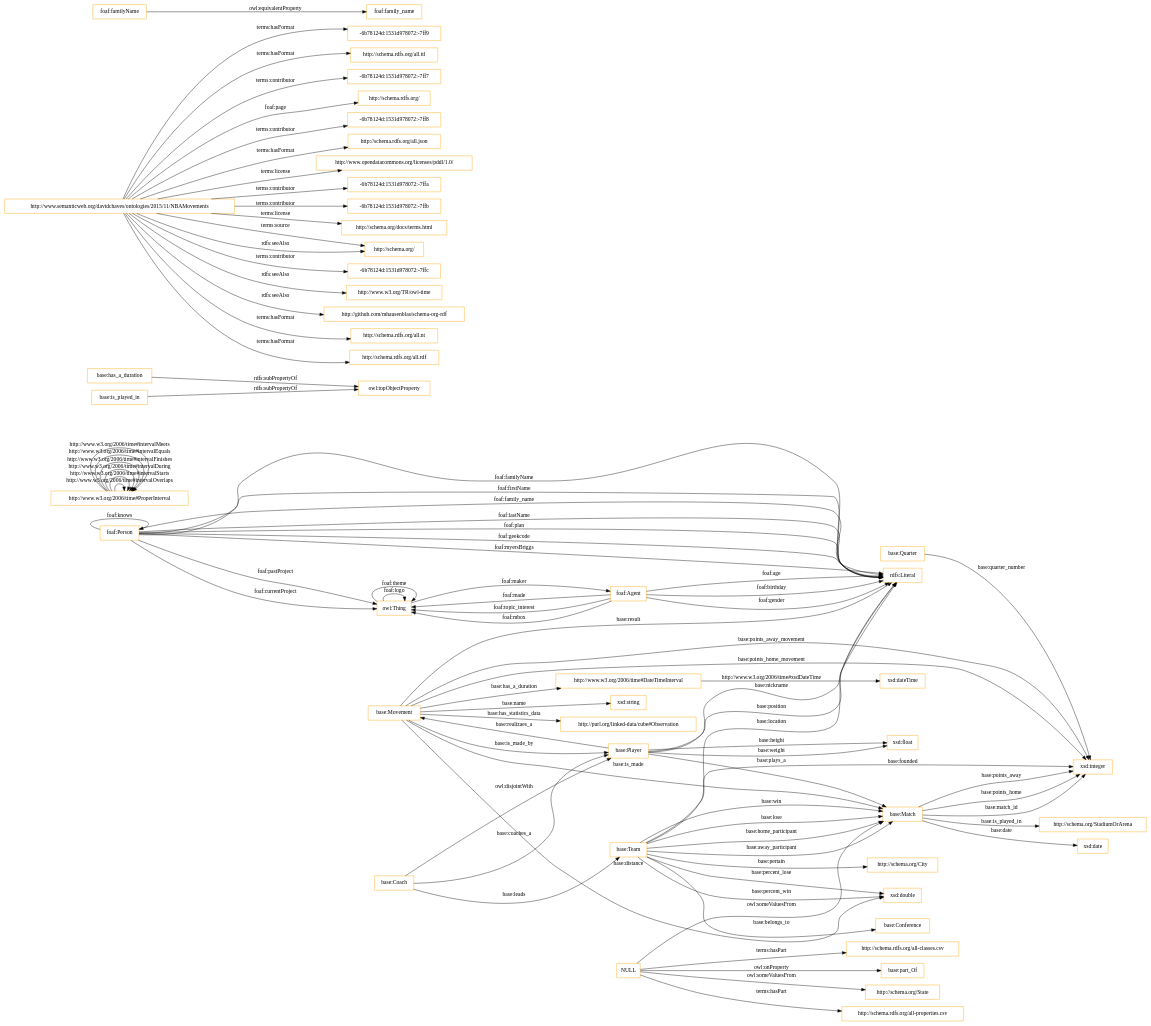
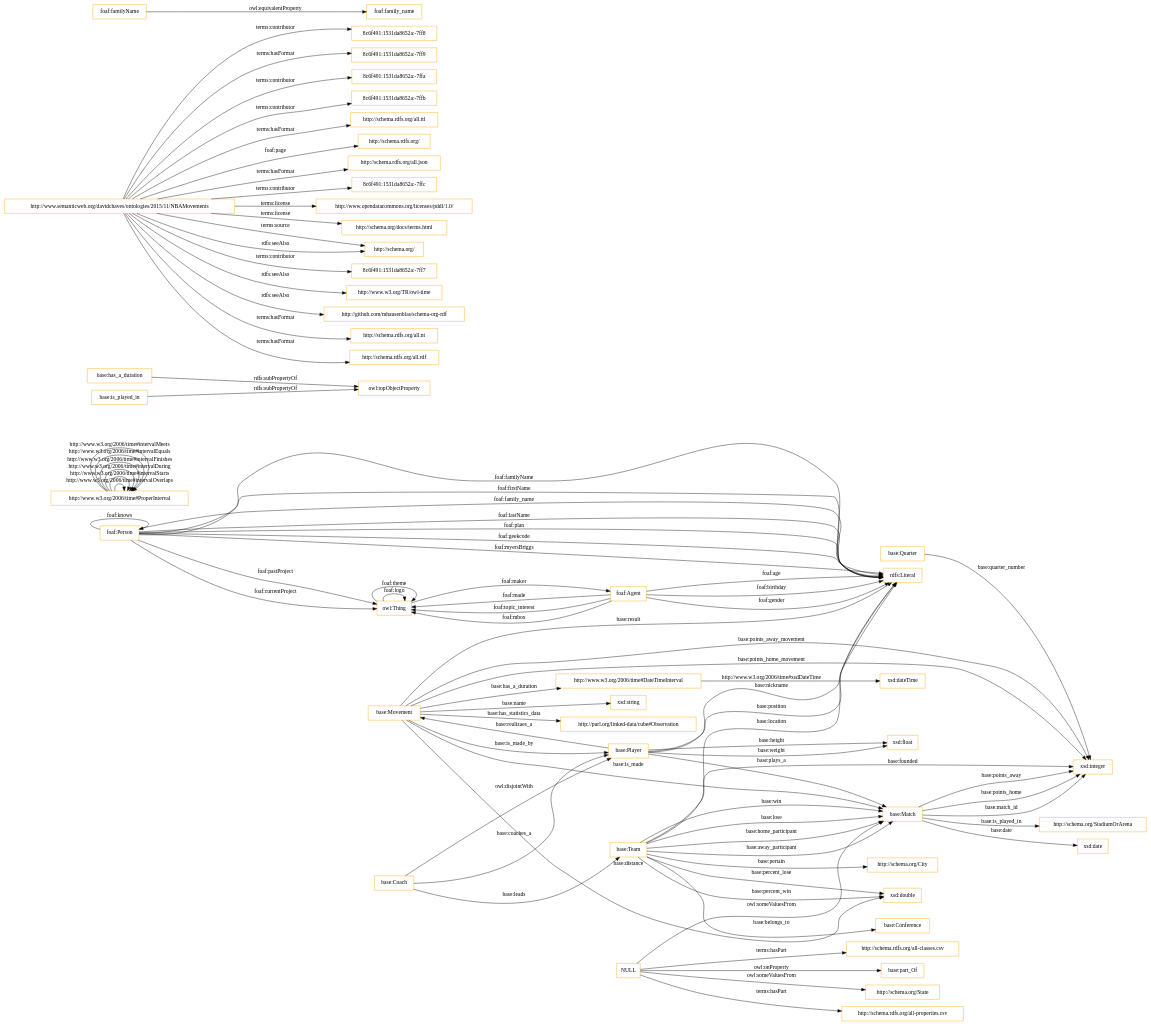
One commit to OnToologyUser/NBAMovements changed the diagram in OnToology/NBAMovementsv2.owl/diagrams/ar2dtool-class/NBAMovementsv2.owl.png.dot. Above: the diagram before and after it, drawn with Graphviz. The commit also changed 4 other files, not shown here.

```diff
--- a/OnToology/NBAMovementsv2.owl/diagrams/ar2dtool-class/NBAMovementsv2.owl.png.dot
+++ b/OnToology/NBAMovementsv2.owl/diagrams/ar2dtool-class/NBAMovementsv2.owl.png.dot
@@ -1,91 +1,91 @@
 digraph ar2dtool_diagram { 
 rankdir=LR;
 size="1501"
 node [shape = rectangle, color="orange"]; "http://www.w3.org/2006/time#DateTimeInterval" "base:Team" "base:Coach" "http://www.w3.org/2006/time#ProperInterval" "http://schema.org/State" "http://schema.org/City" "foaf:Person" "base:Player" "base:Quarter" "http://schema.org/StadiumOrArena" "base:Match" "http://purl.org/linked-data/cube#Observation" "base:Movement" "base:Conference" ; /*classes style*/
 	"base:Coach" -> "base:Player" [ label = "owl:disjointWith" ];
 	"base:has_a_duration" -> "owl:topObjectProperty" [ label = "rdfs:subPropertyOf" ];
-	"http://www.semanticweb.org/davidchaves/ontologies/2015/11/NBAMovements" -> "-6b78124d:1531d978072:-7ff9" [ label = "terms:hasFormat" ];
+	"http://www.semanticweb.org/davidchaves/ontologies/2015/11/NBAMovements" -> "8c6f491:1531da8652a:-7ff8" [ label = "terms:contributor" ];
+	"http://www.semanticweb.org/davidchaves/ontologies/2015/11/NBAMovements" -> "8c6f491:1531da8652a:-7ff9" [ label = "terms:hasFormat" ];
+	"http://www.semanticweb.org/davidchaves/ontologies/2015/11/NBAMovements" -> "8c6f491:1531da8652a:-7ffa" [ label = "terms:contributor" ];
+	"http://www.semanticweb.org/davidchaves/ontologies/2015/11/NBAMovements" -> "8c6f491:1531da8652a:-7ffb" [ label = "terms:contributor" ];
 	"http://www.semanticweb.org/davidchaves/ontologies/2015/11/NBAMovements" -> "http://schema.rdfs.org/all.ttl" [ label = "terms:hasFormat" ];
-	"http://www.semanticweb.org/davidchaves/ontologies/2015/11/NBAMovements" -> "-6b78124d:1531d978072:-7ff7" [ label = "terms:contributor" ];
 	"http://www.semanticweb.org/davidchaves/ontologies/2015/11/NBAMovements" -> "http://schema.rdfs.org/" [ label = "foaf:page" ];
-	"http://www.semanticweb.org/davidchaves/ontologies/2015/11/NBAMovements" -> "-6b78124d:1531d978072:-7ff8" [ label = "terms:contributor" ];
 	"http://www.semanticweb.org/davidchaves/ontologies/2015/11/NBAMovements" -> "http://schema.rdfs.org/all.json" [ label = "terms:hasFormat" ];
+	"http://www.semanticweb.org/davidchaves/ontologies/2015/11/NBAMovements" -> "8c6f491:1531da8652a:-7ffc" [ label = "terms:contributor" ];
 	"http://www.semanticweb.org/davidchaves/ontologies/2015/11/NBAMovements" -> "http://www.opendatacommons.org/licenses/pddl/1.0/" [ label = "terms:license" ];
-	"http://www.semanticweb.org/davidchaves/ontologies/2015/11/NBAMovements" -> "-6b78124d:1531d978072:-7ffa" [ label = "terms:contributor" ];
-	"http://www.semanticweb.org/davidchaves/ontologies/2015/11/NBAMovements" -> "-6b78124d:1531d978072:-7ffb" [ label = "terms:contributor" ];
 	"http://www.semanticweb.org/davidchaves/ontologies/2015/11/NBAMovements" -> "http://schema.org/docs/terms.html" [ label = "terms:license" ];
 	"http://www.semanticweb.org/davidchaves/ontologies/2015/11/NBAMovements" -> "http://schema.org/" [ label = "terms:source" ];
-	"http://www.semanticweb.org/davidchaves/ontologies/2015/11/NBAMovements" -> "-6b78124d:1531d978072:-7ffc" [ label = "terms:contributor" ];
+	"http://www.semanticweb.org/davidchaves/ontologies/2015/11/NBAMovements" -> "8c6f491:1531da8652a:-7ff7" [ label = "terms:contributor" ];
 	"http://www.semanticweb.org/davidchaves/ontologies/2015/11/NBAMovements" -> "http://www.w3.org/TR/owl-time" [ label = "rdfs:seeAlso" ];
 	"http://www.semanticweb.org/davidchaves/ontologies/2015/11/NBAMovements" -> "http://schema.org/" [ label = "rdfs:seeAlso" ];
 	"http://www.semanticweb.org/davidchaves/ontologies/2015/11/NBAMovements" -> "http://github.com/mhausenblas/schema-org-rdf" [ label = "rdfs:seeAlso" ];
 	"http://www.semanticweb.org/davidchaves/ontologies/2015/11/NBAMovements" -> "http://schema.rdfs.org/all.nt" [ label = "terms:hasFormat" ];
 	"http://www.semanticweb.org/davidchaves/ontologies/2015/11/NBAMovements" -> "http://schema.rdfs.org/all.rdf" [ label = "terms:hasFormat" ];
 	"base:is_played_in" -> "owl:topObjectProperty" [ label = "rdfs:subPropertyOf" ];
 	"foaf:familyName" -> "foaf:family_name" [ label = "owl:equivalentProperty" ];
-	"NULL" -> "http://schema.org/State" [ label = "owl:someValuesFrom" ];
 	"NULL" -> "http://schema.rdfs.org/all-properties.csv" [ label = "terms:hasPart" ];
 	"NULL" -> "http://schema.rdfs.org/all-classes.csv" [ label = "terms:hasPart" ];
 	"NULL" -> "base:Match" [ label = "owl:someValuesFrom" ];
+	"NULL" -> "http://schema.org/State" [ label = "owl:someValuesFrom" ];
 	"NULL" -> "base:part_Of" [ label = "owl:onProperty" ];
 	"base:Team" -> "rdfs:Literal" [ label = "base:location" ];
 	"owl:Thing" -> "foaf:Agent" [ label = "foaf:maker" ];
 	"base:Player" -> "rdfs:Literal" [ label = "base:nickname" ];
 	"base:Player" -> "rdfs:Literal" [ label = "base:position" ];
 	"base:Movement" -> "xsd:integer" [ label = "base:points_home_movement" ];
 	"http://www.w3.org/2006/time#ProperInterval" -> "http://www.w3.org/2006/time#ProperInterval" [ label = "http://www.w3.org/2006/time#intervalOverlaps" ];
 	"owl:Thing" -> "owl:Thing" [ label = "foaf:logo" ];
 	"foaf:Agent" -> "owl:Thing" [ label = "foaf:made" ];
 	"foaf:Agent" -> "rdfs:Literal" [ label = "foaf:birthday" ];
 	"base:Player" -> "base:Movement" [ label = "base:realizaes_a" ];
 	"foaf:Person" -> "rdfs:Literal" [ label = "foaf:familyName" ];
 	"base:Movement" -> "rdfs:Literal" [ label = "base:result" ];
 	"foaf:Person" -> "rdfs:Literal" [ label = "foaf:firstName" ];
 	"base:Team" -> "base:Match" [ label = "base:home_participant" ];
 	"foaf:Person" -> "owl:Thing" [ label = "foaf:currentProject" ];
 	"base:Movement" -> "http://purl.org/linked-data/cube#Observation" [ label = "base:has_statistics_data" ];
 	"http://www.w3.org/2006/time#ProperInterval" -> "http://www.w3.org/2006/time#ProperInterval" [ label = "http://www.w3.org/2006/time#intervalStarts" ];
 	"http://www.w3.org/2006/time#DateTimeInterval" -> "xsd:dateTime" [ label = "http://www.w3.org/2006/time#xsdDateTime" ];
 	"foaf:Agent" -> "owl:Thing" [ label = "foaf:topic_interest" ];
 	"base:Movement" -> "http://www.w3.org/2006/time#DateTimeInterval" [ label = "base:has_a_duration" ];
 	"foaf:Agent" -> "rdfs:Literal" [ label = "foaf:gender" ];
 	"base:Movement" -> "xsd:string" [ label = "base:name" ];
 	"base:Match" -> "xsd:integer" [ label = "base:points_away" ];
 	"base:Team" -> "base:Match" [ label = "base:away_participant" ];
 	"http://www.w3.org/2006/time#ProperInterval" -> "http://www.w3.org/2006/time#ProperInterval" [ label = "http://www.w3.org/2006/time#intervalDuring" ];
 	"base:Team" -> "base:Conference" [ label = "base:belongs_to" ];
 	"http://www.w3.org/2006/time#ProperInterval" -> "http://www.w3.org/2006/time#ProperInterval" [ label = "http://www.w3.org/2006/time#intervalFinishes" ];
 	"base:Coach" -> "base:Player" [ label = "base:coaches_a" ];
 	"base:Team" -> "xsd:integer" [ label = "base:founded" ];
 	"base:Team" -> "base:Match" [ label = "base:win" ];
 	"base:Match" -> "xsd:integer" [ label = "base:points_home" ];
 	"base:Team" -> "xsd:double" [ label = "base:percent_win" ];
 	"foaf:Person" -> "rdfs:Literal" [ label = "foaf:family_name" ];
 	"base:Movement" -> "xsd:double" [ label = "base:distance" ];
 	"base:Player" -> "xsd:float" [ label = "base:weight" ];
 	"base:Team" -> "base:Match" [ label = "base:lose" ];
 	"owl:Thing" -> "owl:Thing" [ label = "foaf:theme" ];
 	"base:Match" -> "xsd:date" [ label = "base:date" ];
 	"foaf:Agent" -> "rdfs:Literal" [ label = "foaf:age" ];
 	"foaf:Agent" -> "owl:Thing" [ label = "foaf:mbox" ];
 	"foaf:Person" -> "rdfs:Literal" [ label = "foaf:lastName" ];
 	"base:Team" -> "xsd:double" [ label = "base:percent_lose" ];
 	"http://www.w3.org/2006/time#ProperInterval" -> "http://www.w3.org/2006/time#ProperInterval" [ label = "http://www.w3.org/2006/time#intervalEquals" ];
 	"foaf:Person" -> "owl:Thing" [ label = "foaf:pastProject" ];
 	"base:Match" -> "xsd:integer" [ label = "base:match_id" ];
 	"base:Movement" -> "base:Player" [ label = "base:is_made_by" ];
 	"base:Match" -> "http://schema.org/StadiumOrArena" [ label = "base:is_played_in" ];
 	"foaf:Person" -> "foaf:Person" [ label = "foaf:knows" ];
 	"base:Player" -> "base:Match" [ label = "base:plays_a" ];
 	"foaf:Person" -> "rdfs:Literal" [ label = "foaf:plan" ];
 	"foaf:Person" -> "rdfs:Literal" [ label = "foaf:geekcode" ];
 	"base:Team" -> "http://schema.org/City" [ label = "base:pertain" ];
 	"base:Quarter" -> "xsd:integer" [ label = "base:quarter_number" ];
 	"base:Coach" -> "base:Team" [ label = "base:leads" ];
 	"base:Movement" -> "base:Match" [ label = "base:is_made" ];
 	"http://www.w3.org/2006/time#ProperInterval" -> "http://www.w3.org/2006/time#ProperInterval" [ label = "http://www.w3.org/2006/time#intervalMeets" ];
 	"base:Player" -> "xsd:float" [ label = "base:height" ];
 	"base:Movement" -> "xsd:integer" [ label = "base:points_away_movement" ];
 	"foaf:Person" -> "rdfs:Literal" [ label = "foaf:myersBriggs" ];
 
 }
```
